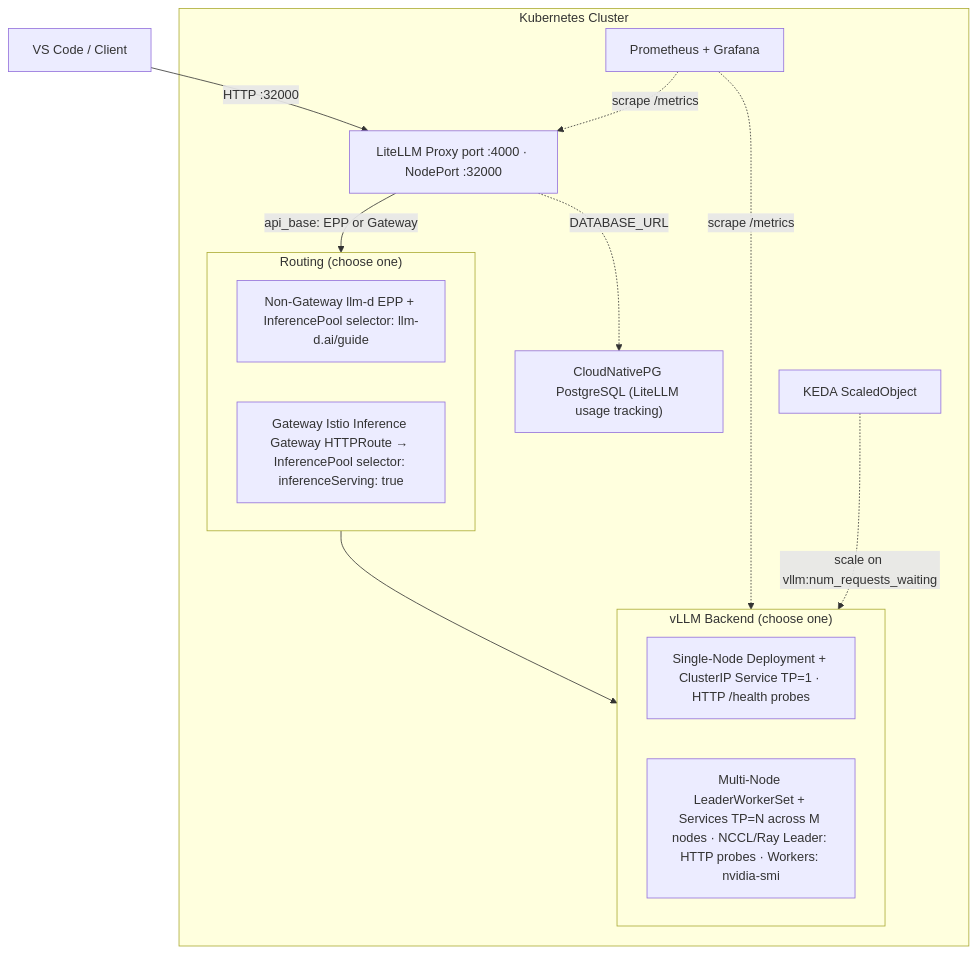
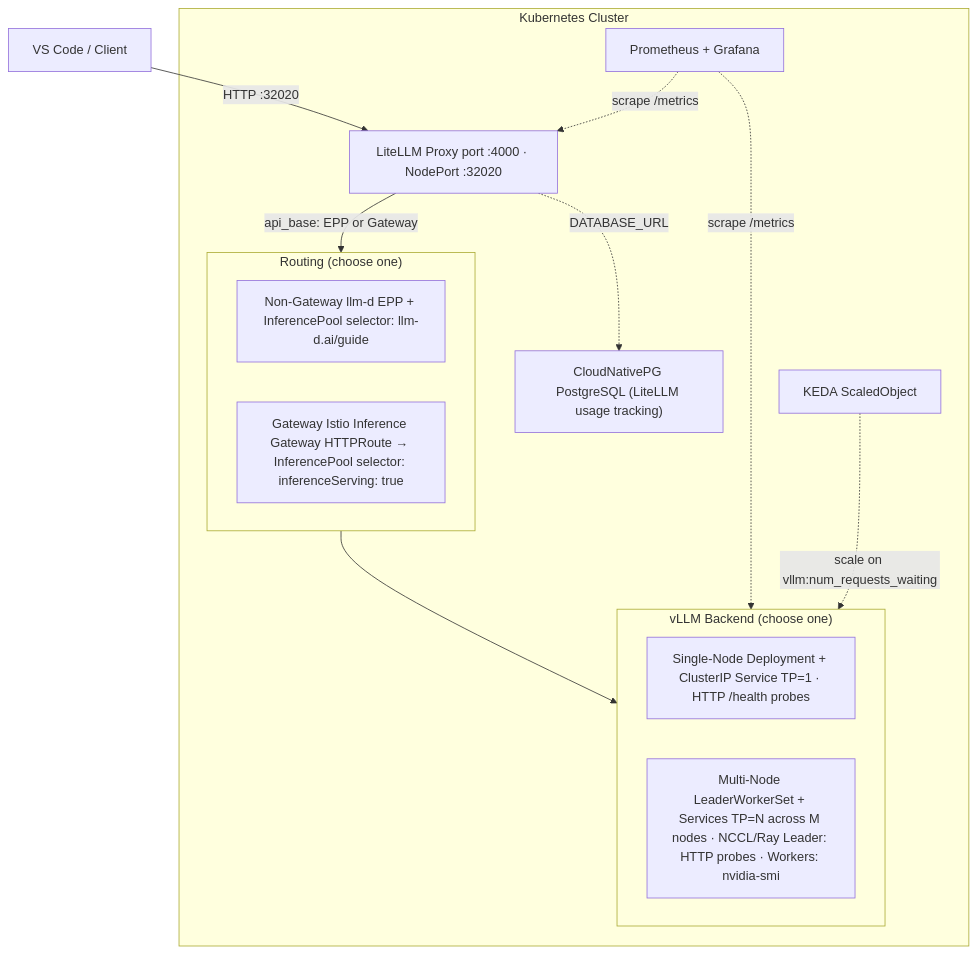
One commit to TrevorSquillario/llmd-stack changed the diagram in README.md. Above: the diagram before and after it, drawn with Mermaid. The commit also changed other lines of this file and 13 other files, not shown here.

````diff
--- a/README.md
+++ b/README.md
@@ -21,30 +22,30 @@
 ```mermaid
 flowchart TB
     Client["VS Code / Client"]
 
     subgraph K8s["Kubernetes Cluster"]
-        LiteLLM["LiteLLM Proxy port :4000 · NodePort :32000"]
+        LiteLLM["LiteLLM Proxy port :4000 · NodePort :32020"]
 
         subgraph Routing["Routing (choose one)"]
             NonGW["Non-Gateway llm-d EPP + InferencePool selector: llm-d.ai/guide"]
             GW["Gateway Istio Inference Gateway HTTPRoute → InferencePool selector: inferenceServing: true"]
         end
 
         subgraph Backend["vLLM Backend (choose one)"]
             SN["Single-Node Deployment + ClusterIP Service TP=1 · HTTP /health probes"]
             MN["Multi-Node LeaderWorkerSet + Services TP=N across M nodes · NCCL/Ray Leader: HTTP probes · Workers: nvidia-smi"]
         end
 
         PG["CloudNativePG PostgreSQL (LiteLLM usage tracking)"]
         KEDA["KEDA ScaledObject"]
         Prom["Prometheus + Grafana"]
     end
 
-    Client -->|"HTTP :32000"| LiteLLM
+    Client -->|"HTTP :32020"| LiteLLM
     LiteLLM -->|"api_base: EPP or Gateway"| Routing
     Routing --> Backend
     LiteLLM -.->|"DATABASE_URL"| PG
     Prom -.->|"scrape /metrics"| LiteLLM
     Prom -.->|"scrape /metrics"| Backend
     KEDA -.->|"scale on vllm:num_requests_waiting"| Backend
 ```
````
